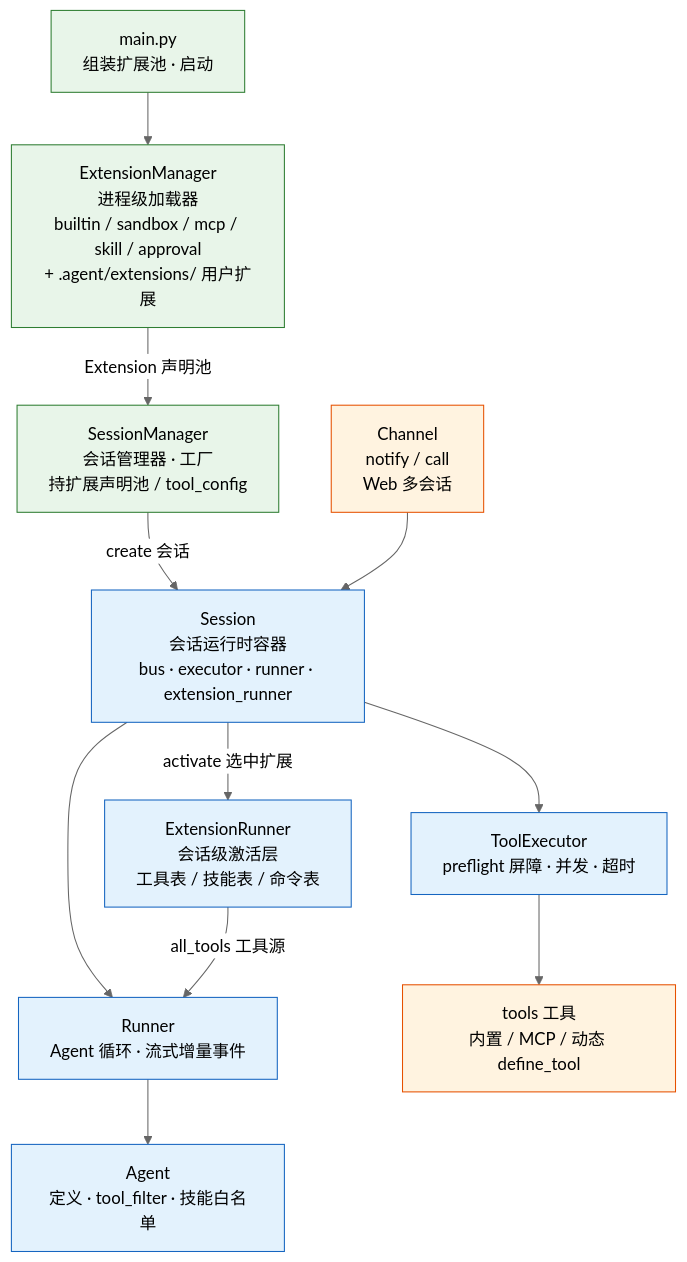
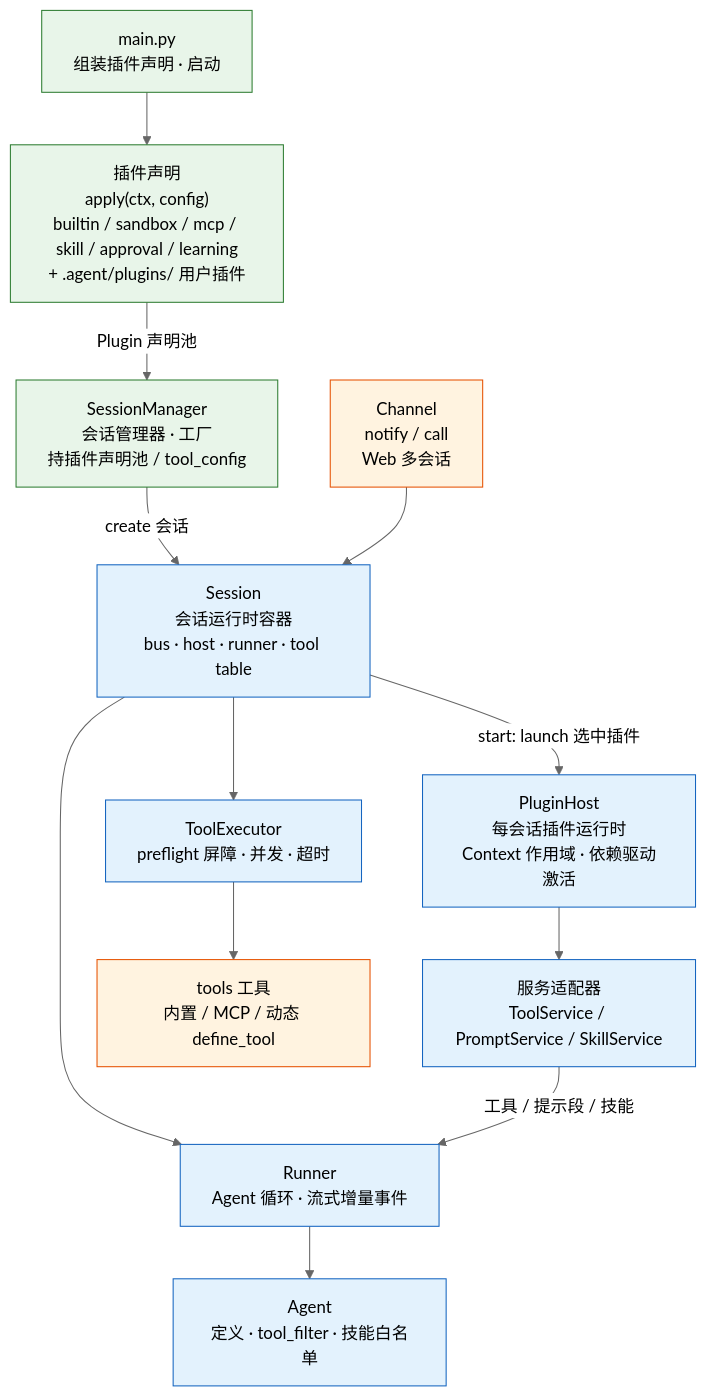
The first of 2 diagrams in README.md (yishenzhu/walle), drawn with Mermaid (neutral theme) before and after one commit. The commit also changed other lines of this file and 65 other files, not shown here.

````diff
--- a/README.md
+++ b/README.md
@@ -35,31 +35,33 @@
 ```mermaid
 flowchart TD
-    Main["main.py<br/>组装扩展池 · 启动"]
-    ExtManager["ExtensionManager<br/>进程级加载器<br/>builtin / sandbox / mcp / skill / approval<br/>+ .agent/extensions/ 用户扩展"]
-    SessionManager["SessionManager<br/>会话管理器 · 工厂<br/>持扩展声明池 / tool_config"]
-    S["Session<br/>会话运行时容器<br/>bus · executor · runner · extension_runner"]
-    ER["ExtensionRunner<br/>会话级激活层<br/>工具表 / 技能表 / 命令表"]
+    Main["main.py<br/>组装插件声明 · 启动"]
+    Plugins["插件声明<br/>apply(ctx, config)<br/>builtin / sandbox / mcp / skill / approval / learning<br/>+ .agent/plugins/ 用户插件"]
+    SessionManager["SessionManager<br/>会话管理器 · 工厂<br/>持插件声明池 / tool_config"]
+    S["Session<br/>会话运行时容器<br/>bus · host · runner · tool table"]
+    Host["PluginHost<br/>每会话插件运行时<br/>Context 作用域 · 依赖驱动激活"]
+    Services["服务适配器<br/>ToolService / PromptService / SkillService"]
     R["Runner<br/>Agent 循环 · 流式增量事件"]
     E["ToolExecutor<br/>preflight 屏障 · 并发 · 超时"]
     A["Agent<br/>定义 · tool_filter · 技能白名单"]
     T["tools 工具<br/>内置 / MCP / 动态 define_tool"]
     Ch["Channel<br/>notify / call<br/>Web 多会话"]
 
-    Main --> ExtManager
-    ExtManager -->|Extension 声明池| SessionManager
+    Main --> Plugins
+    Plugins -->|Plugin 声明池| SessionManager
     SessionManager -->|create 会话| S
-    S -->|activate 选中扩展| ER
+    S -->|start: launch 选中插件| Host
+    Host --> Services
     S --> R
     S --> E
     R --> A
     E --> T
-    ER -->|all_tools 工具源| R
+    Services -->|工具 / 提示段 / 技能| R
     Ch --> S
 
     classDef entry fill:#e8f5e9,stroke:#2e7d32
     classDef core fill:#e3f2fd,stroke:#1565c0
     classDef tool fill:#fff3e0,stroke:#e65100
-    class Main,ExtManager,SessionManager entry
-    class S,ER,R,E,A core
+    class Main,Plugins,SessionManager entry
+    class S,Host,Services,R,E,A core
     class T,Ch tool
 ```
````
